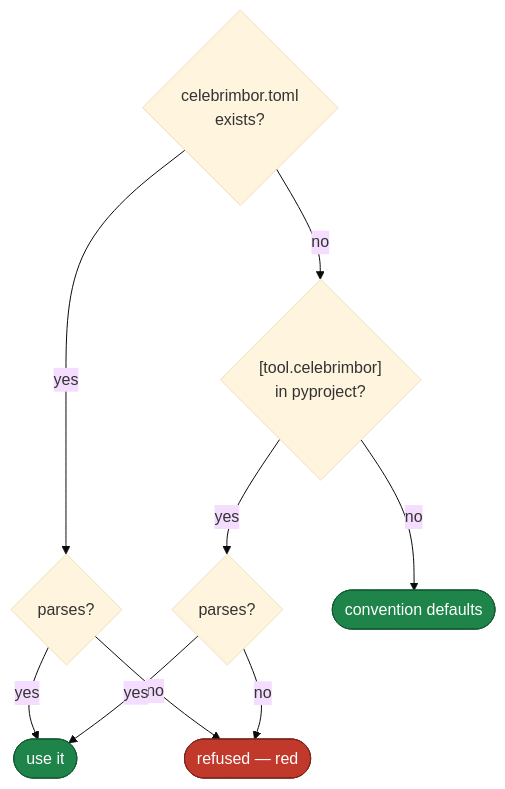
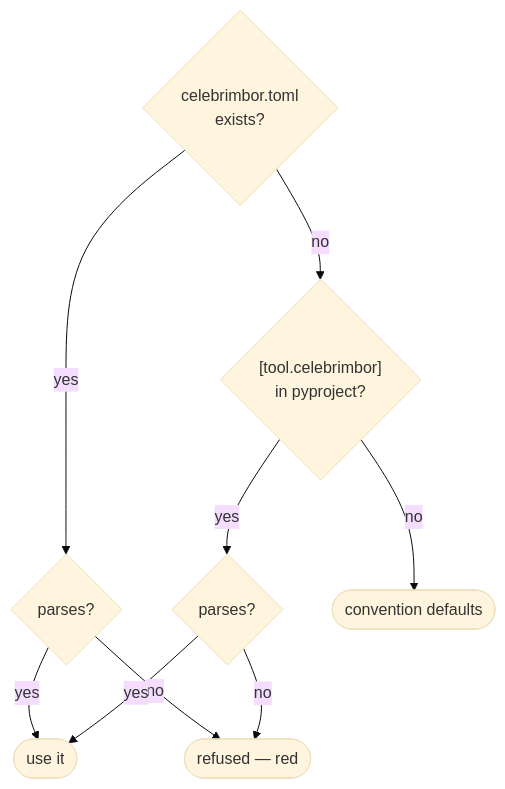
Before and after one commit to clintecker/celebrimbor: the diagram in docs/reference/configuration.md, drawn with Mermaid (base theme). The commit also changed 12 other files, not shown here.

First line of the commit message:
docs: fix diagram rendering — drop hardcoded mermaid colors, real table headers

````diff
--- a/docs/reference/configuration.md
+++ b/docs/reference/configuration.md
@@ -12,15 +12,11 @@
 ```mermaid
 flowchart TD
     A{"celebrimbor.toml<br/>exists?"} -->|yes| B{"parses?"}
     A -->|no| C{"[tool.celebrimbor]<br/>in pyproject?"}
     B -->|yes| USE([use it])
     B -->|no| REF([refused — red])
     C -->|yes| D{"parses?"}
     C -->|no| CONV([convention defaults])
     D -->|yes| USE
     D -->|no| REF
-    classDef red fill:#c0392b,stroke:#7b241c,color:#fff
-    classDef green fill:#1e8449,stroke:#145a32,color:#fff
-    class REF red
-    class USE,CONV green
 ```
````
